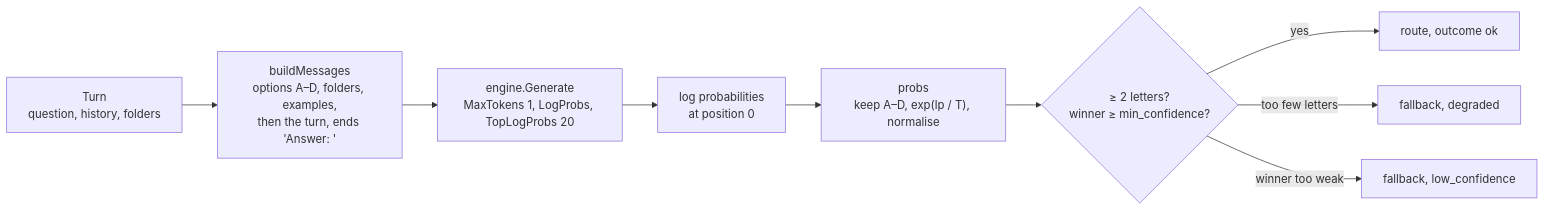
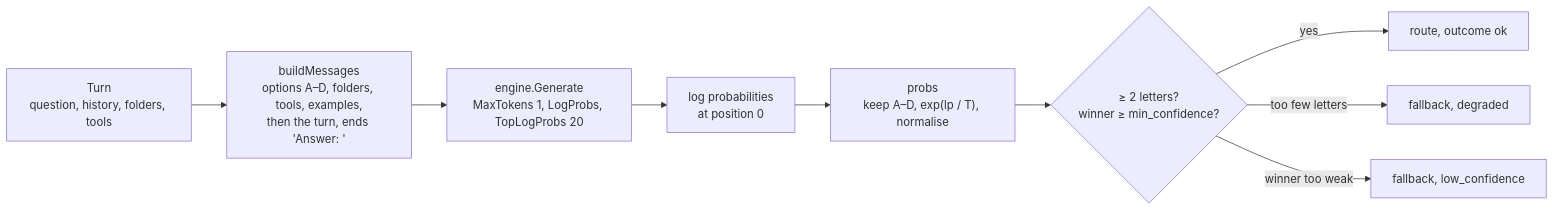
Before and after one commit to aarora79/meru: the diagram in docs/coding-notes/router.md, drawn with Mermaid. The commit also changed other lines of this file and 19 other files, not shown here.

````diff
--- a/docs/coding-notes/router.md
+++ b/docs/coding-notes/router.md
@@ -21,11 +21,11 @@
 ```mermaid
 flowchart LR
-    T["Turn<br/>question, history, folders"] --> P["buildMessages<br/>options A–D, folders, examples,<br/>then the turn, ends 'Answer: '"]
+    T["Turn<br/>question, history, folders, tools"] --> P["buildMessages<br/>options A–D, folders, tools, examples,<br/>then the turn, ends 'Answer: '"]
     P --> G["engine.Generate<br/>MaxTokens 1, LogProbs, TopLogProbs 20"]
     G --> L["log probabilities<br/>at position 0"]
     L --> F["probs<br/>keep A–D, exp(lp / T), normalise"]
     F --> C{"≥ 2 letters?<br/>winner ≥ min_confidence?"}
     C -- yes --> R["route, outcome ok"]
     C -- "too few letters" --> D["fallback, degraded"]
     C -- "winner too weak" --> W["fallback, low_confidence"]
 ```
````
